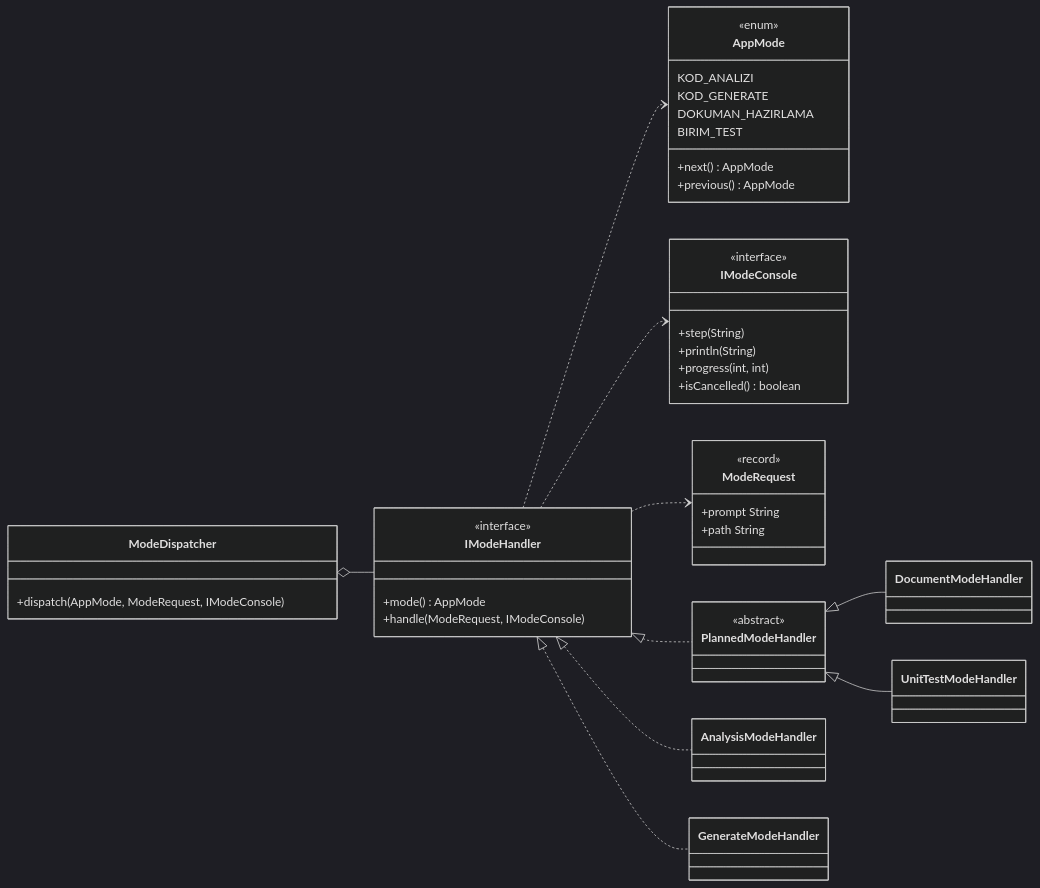
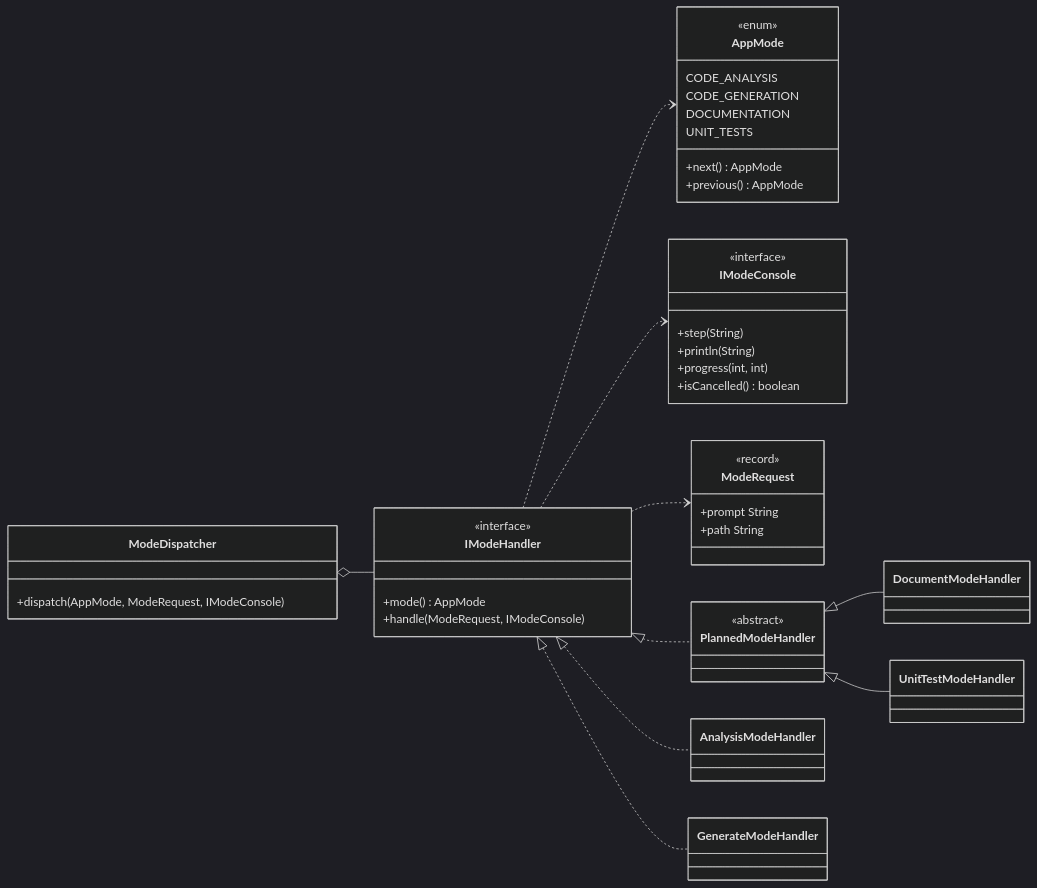
The third of 5 diagrams in docs/ARCHITECTURE.md (burak-can-onarim/blue-ring-octopus-cli), drawn with Mermaid (dark theme) before and after one commit. The commit also changed other lines of this file and 18 other files, not shown here.

````diff
--- a/docs/ARCHITECTURE.md
+++ b/docs/ARCHITECTURE.md
@@ -102,45 +102,45 @@
 ```mermaid
 classDiagram
     direction LR
     class AppMode {
         <<enum>>
-        KOD_ANALIZI
-        KOD_GENERATE
-        DOKUMAN_HAZIRLAMA
-        BIRIM_TEST
+        CODE_ANALYSIS
+        CODE_GENERATION
+        DOCUMENTATION
+        UNIT_TESTS
         +next() AppMode
         +previous() AppMode
     }
     class IModeHandler {
         <<interface>>
         +mode() AppMode
         +handle(ModeRequest, IModeConsole)
     }
     class IModeConsole {
         <<interface>>
         +step(String)
         +println(String)
         +progress(int, int)
         +isCancelled() boolean
     }
     class ModeRequest {
         <<record>>
         +prompt String
         +path String
     }
     class ModeDispatcher {
         +dispatch(AppMode, ModeRequest, IModeConsole)
     }
     class PlannedModeHandler {
         <<abstract>>
     }
     IModeHandler <|.. AnalysisModeHandler
     IModeHandler <|.. GenerateModeHandler
     IModeHandler <|.. PlannedModeHandler
     PlannedModeHandler <|-- DocumentModeHandler
     PlannedModeHandler <|-- UnitTestModeHandler
     ModeDispatcher o-- IModeHandler
     IModeHandler ..> ModeRequest
     IModeHandler ..> IModeConsole
     IModeHandler ..> AppMode
 ```
````
